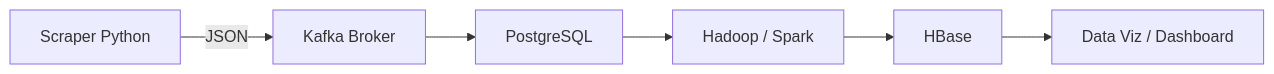
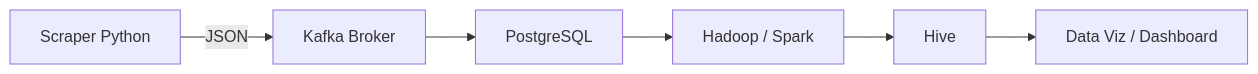
Before and after one commit to Pointard-Mathys/Infra-et-orch-de-donn-es: the diagram in README.md, drawn with Mermaid. The commit also changed other lines of this file, not shown here.

````diff
--- a/README.md
+++ b/README.md
@@ -20,8 +20,8 @@
 ```mermaid
 flowchart LR
     A[Scraper Python] -->|JSON| B[Kafka Broker]
     B --> C[PostgreSQL]
     C --> D[Hadoop / Spark]
-    D --> E[HBase]
+    D --> E[Hive]
     E --> F[Data Viz / Dashboard]
 ```
````
